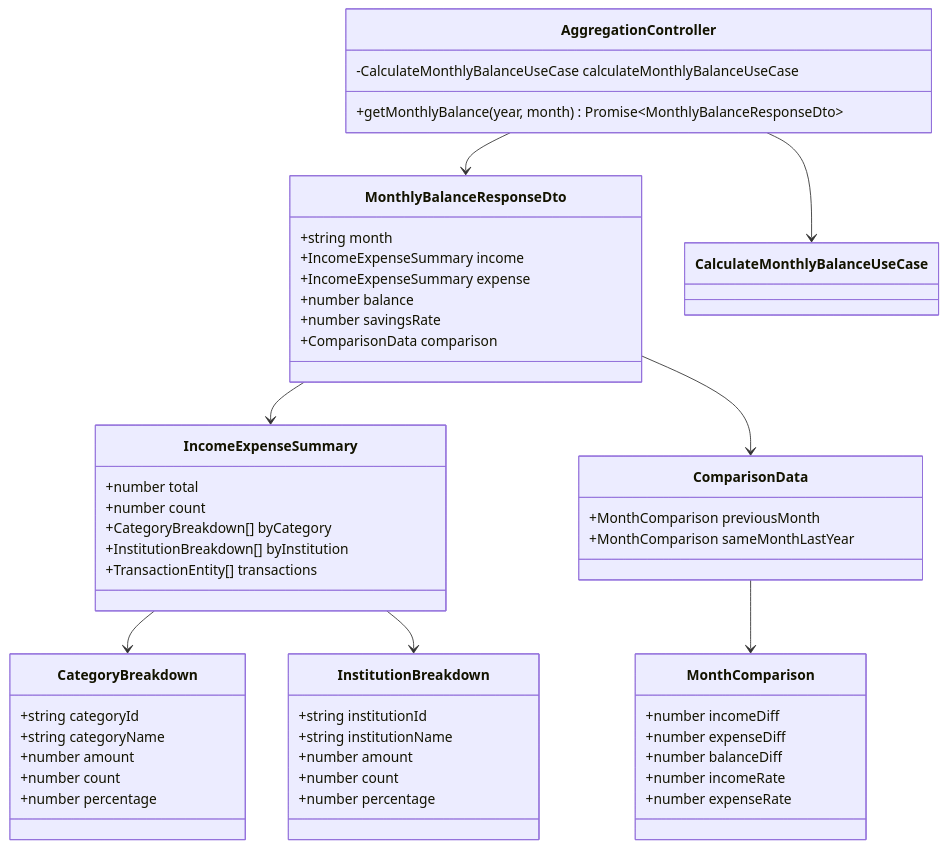
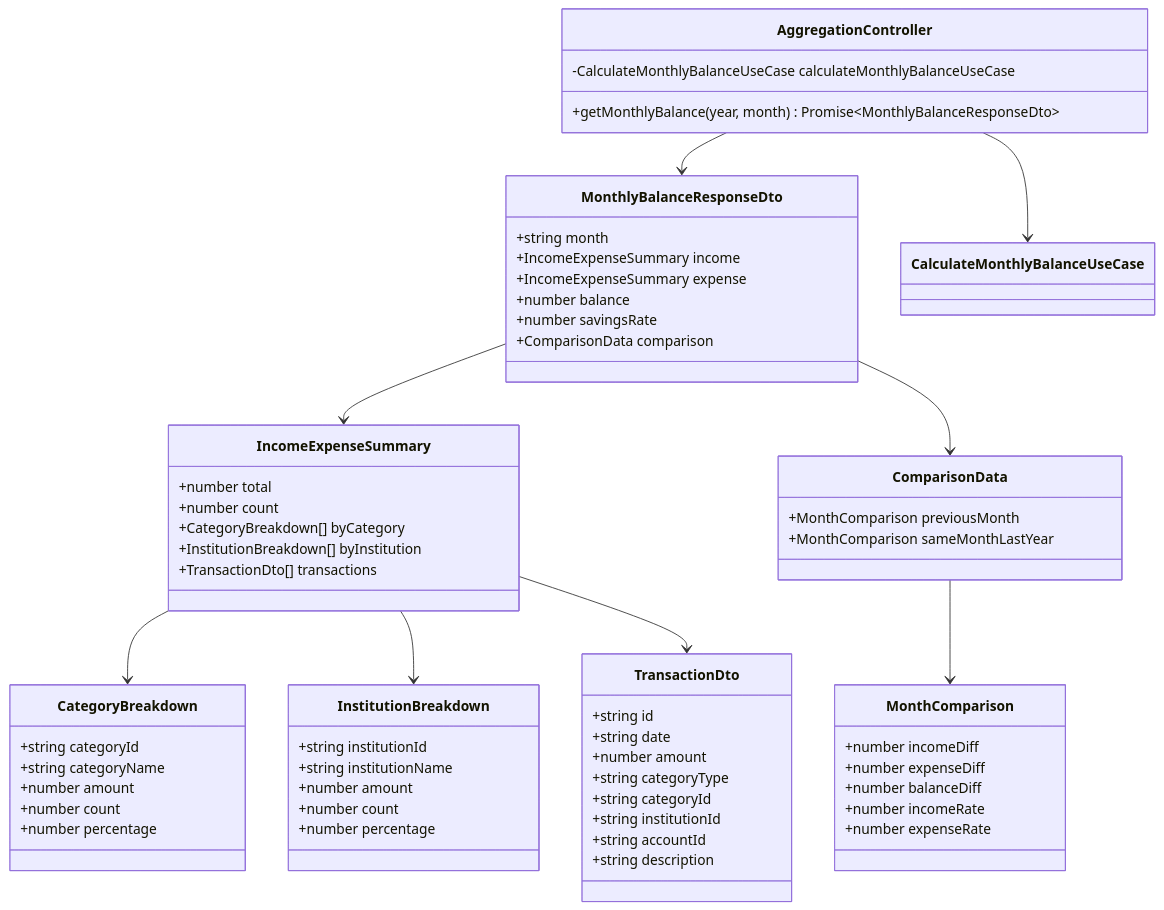
One commit to kencom2400/account-book changed the fourth of 4 diagrams in docs/detailed-design/FR-016_monthly-balance-aggregation/class-diagrams.md. Above: the diagram before and after it, drawn with Mermaid. The commit also changed other lines of this file and 2 other files, not shown here.

First line of the commit message:
docs(aggregation): IncomeExpenseSummaryからTransactionEntityを削除しTransactionDtoを定義

````diff
--- a/docs/detailed-design/FR-016_monthly-balance-aggregation/class-diagrams.md
+++ b/docs/detailed-design/FR-016_monthly-balance-aggregation/class-diagrams.md
@@ -300,61 +322,73 @@
 ```mermaid
 classDiagram
     class AggregationController {
         -CalculateMonthlyBalanceUseCase calculateMonthlyBalanceUseCase
         +getMonthlyBalance(year, month) Promise~MonthlyBalanceResponseDto~
     }
 
     class MonthlyBalanceResponseDto {
         +string month
         +IncomeExpenseSummary income
         +IncomeExpenseSummary expense
         +number balance
         +number savingsRate
         +ComparisonData comparison
     }
 
     class IncomeExpenseSummary {
         +number total
         +number count
         +CategoryBreakdown[] byCategory
         +InstitutionBreakdown[] byInstitution
-        +TransactionEntity[] transactions
+        +TransactionDto[] transactions
+    }
+
+    class TransactionDto {
+        +string id
+        +string date
+        +number amount
+        +string categoryType
+        +string categoryId
+        +string institutionId
+        +string accountId
+        +string description
     }
 
     class CategoryBreakdown {
         +string categoryId
         +string categoryName
         +number amount
         +number count
         +number percentage
     }
 
     class InstitutionBreakdown {
         +string institutionId
         +string institutionName
         +number amount
         +number count
         +number percentage
     }
 
     class ComparisonData {
         +MonthComparison previousMonth
         +MonthComparison sameMonthLastYear
     }
 
     class MonthComparison {
         +number incomeDiff
         +number expenseDiff
         +number balanceDiff
         +number incomeRate
         +number expenseRate
     }
 
     AggregationController --> CalculateMonthlyBalanceUseCase
     AggregationController --> MonthlyBalanceResponseDto
     MonthlyBalanceResponseDto --> IncomeExpenseSummary
     MonthlyBalanceResponseDto --> ComparisonData
     IncomeExpenseSummary --> CategoryBreakdown
     IncomeExpenseSummary --> InstitutionBreakdown
+    IncomeExpenseSummary --> TransactionDto
     ComparisonData --> MonthComparison
 ```
````
